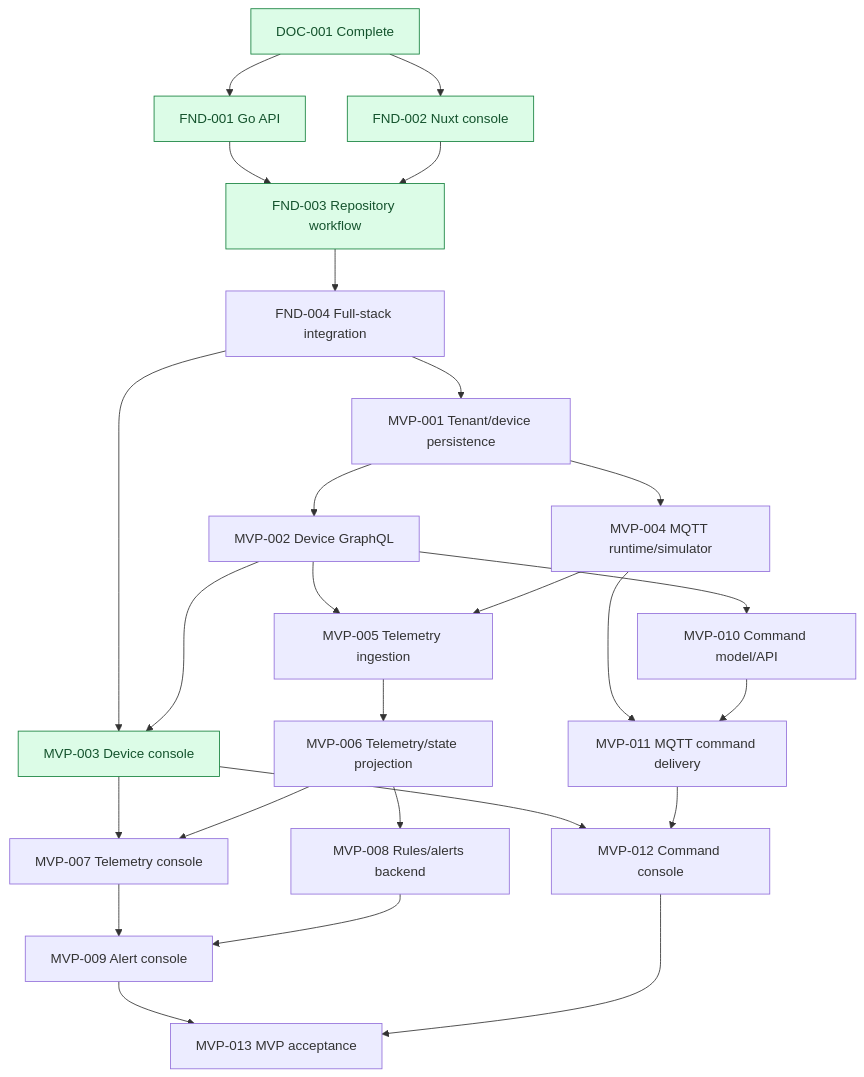
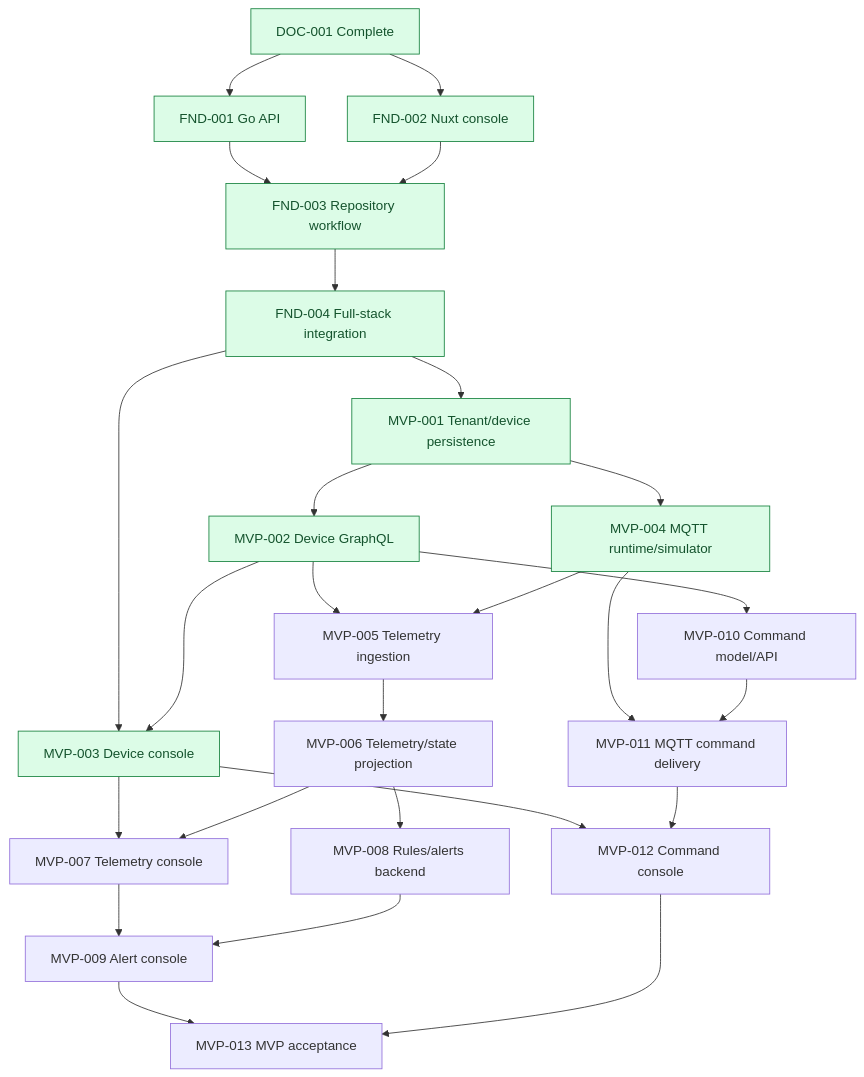
Before and after one commit to methat-ruk/pulsegrid: the second of 2 diagrams in docs/roadmap/roadmap.md, drawn with Mermaid. The commit also changed other lines of this file and 5 other files, not shown here.

````diff
--- a/docs/roadmap/roadmap.md
+++ b/docs/roadmap/roadmap.md
@@ -49,41 +49,45 @@
 ```mermaid
 flowchart TD
     DOC001[DOC-001 Complete] --> FND001[FND-001 Go API]
     DOC001 --> FND002[FND-002 Nuxt console]
     FND001 --> FND003[FND-003 Repository workflow]
     FND002 --> FND003
     FND003 --> FND004[FND-004 Full-stack integration]
 
     FND004 --> MVP001[MVP-001 Tenant/device persistence]
     MVP001 --> MVP002[MVP-002 Device GraphQL]
     FND004 --> MVP003[MVP-003 Device console]
     MVP002 --> MVP003
 
     MVP001 --> MVP004[MVP-004 MQTT runtime/simulator]
     MVP002 --> MVP005[MVP-005 Telemetry ingestion]
     MVP004 --> MVP005
     MVP005 --> MVP006[MVP-006 Telemetry/state projection]
     MVP003 --> MVP007[MVP-007 Telemetry console]
     MVP006 --> MVP007
 
     MVP006 --> MVP008[MVP-008 Rules/alerts backend]
     MVP007 --> MVP009[MVP-009 Alert console]
     MVP008 --> MVP009
 
     MVP002 --> MVP010[MVP-010 Command model/API]
     MVP004 --> MVP011[MVP-011 MQTT command delivery]
     MVP010 --> MVP011
     MVP003 --> MVP012[MVP-012 Command console]
     MVP011 --> MVP012
 
     MVP009 --> MVP013[MVP-013 MVP acceptance]
     MVP012 --> MVP013
 
     classDef complete fill:#DCFCE7,stroke:#15803D,color:#14532D;
     classDef progress fill:#FEF3C7,stroke:#B45309,color:#78350F;
     class DOC001 complete;
     class FND001 complete;
     class FND002 complete;
     class FND003 complete;
+    class FND004 complete;
+    class MVP001 complete;
+    class MVP002 complete;
     class MVP003 complete;
+    class MVP004 complete;
 ```
````
